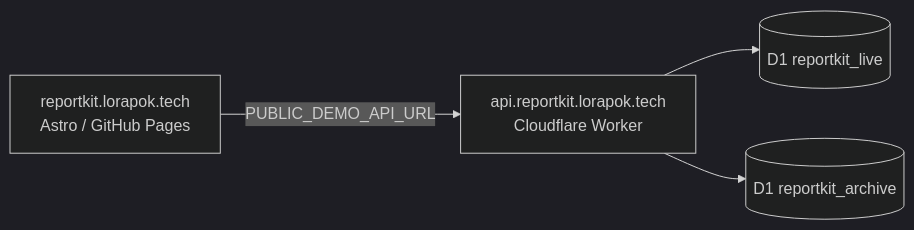
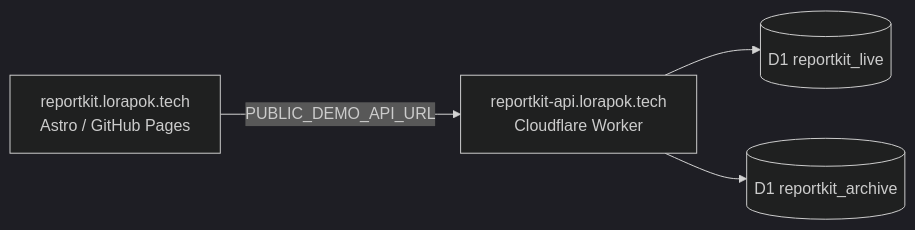
The third of 3 diagrams in README.md (Maijied/Reportkit-Core), drawn with Mermaid (dark theme) before and after one commit. The commit also changed other lines of this file and 10 other files, not shown here.

First line of the commit message:
Fix API custom domain SSL for Free plan Cloudflare zone.

````diff
--- a/README.md
+++ b/README.md
@@ -135,11 +135,11 @@
 ```mermaid
 flowchart LR
   Site["reportkit.lorapok.tech<br/>Astro / GitHub Pages"]
-  API["api.reportkit.lorapok.tech<br/>Cloudflare Worker"]
+  API["reportkit-api.lorapok.tech<br/>Cloudflare Worker"]
   L[(D1 reportkit_live)]
   A[(D1 reportkit_archive)]
 
   Site -->|PUBLIC_DEMO_API_URL| API
   API --> L
   API --> A
 ```
````
